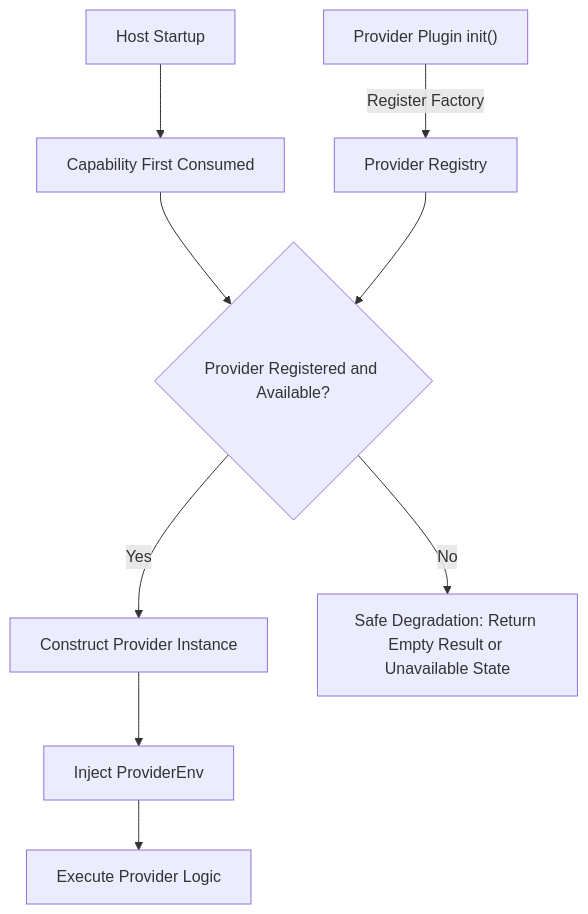
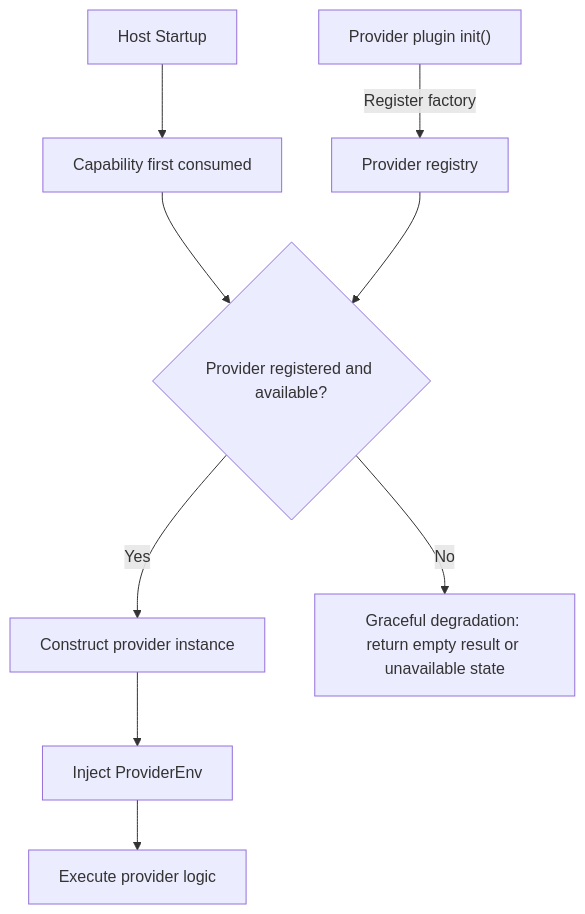
Before and after one commit to linaproai/linapro-site: the second of 3 diagrams in apps/lina-site/i18n/en/docusaurus-plugin-content-docs/current/docs/3000-domain-capabilities/3000-domain-capabilities.md, drawn with Mermaid. The commit also changed other lines of this file and 56 other files, not shown here.

Commit message:
Refactor documentation for tenant and user capabilities; enhance clarity and consistency in descriptions, method names, and usage examples. Update overview and architecture sections for improved readability and coherence. Adjust demo instructions and project positioning for better user guidance.

````diff
--- a/apps/lina-site/i18n/en/docusaurus-plugin-content-docs/current/docs/3000-domain-capabilities/3000-domain-capabilities.md
+++ b/apps/lina-site/i18n/en/docusaurus-plugin-content-docs/current/docs/3000-domain-capabilities/3000-domain-capabilities.md
@@ -159,11 +159,11 @@
 ```mermaid
 graph TB
-    Host["Host Startup"] --> Lazy["Capability First Consumed"]
-    Lazy --> Check{"Provider Registered and Available?"}
-    Check -->|"Yes"| Construct["Construct Provider Instance"]
+    Host["Host Startup"] --> Lazy["Capability first consumed"]
+    Lazy --> Check{"Provider registered and available?"}
+    Check -->|"Yes"| Construct["Construct provider instance"]
     Construct --> Inject["Inject ProviderEnv"]
-    Inject --> Serve["Execute Provider Logic"]
-    Check -->|"No"| Degrade["Safe Degradation: Return Empty Result or Unavailable State"]
-    Plugin["Provider Plugin init()"] -->|"Register Factory"| Registry["Provider Registry"]
+    Inject --> Serve["Execute provider logic"]
+    Check -->|"No"| Degrade["Graceful degradation: return empty result or unavailable state"]
+    Plugin["Provider plugin init()"] -->|"Register factory"| Registry["Provider registry"]
     Registry --> Check
 ```
````
